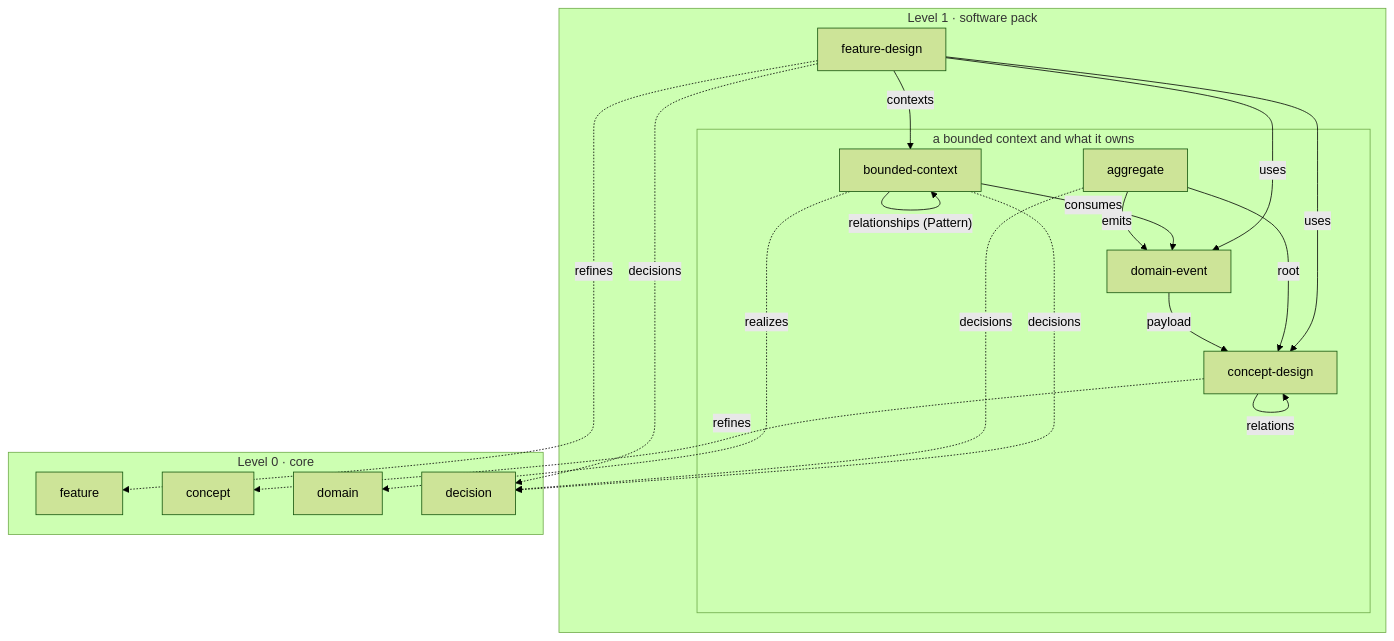
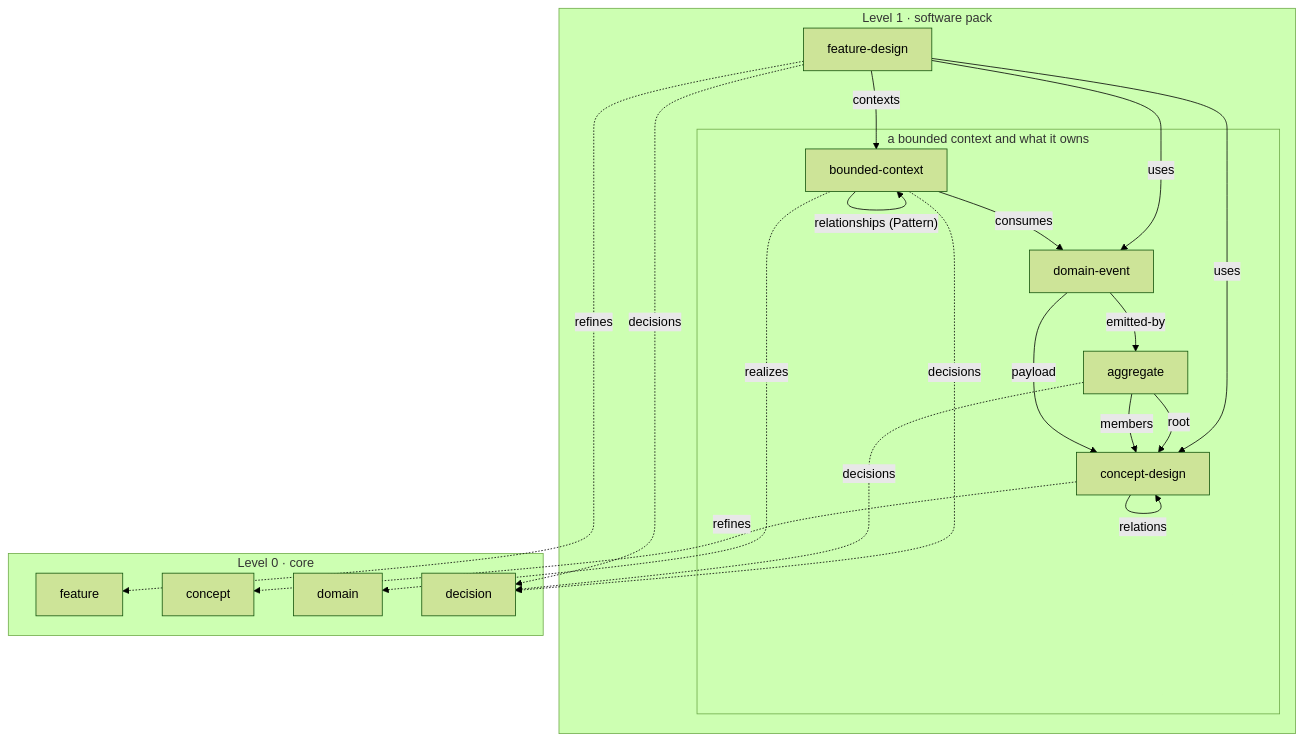
Before and after one commit to companygraph/meta-model: the diagram in docs/superpowers/specs/2026-09-30-the-software-pack-design.md, drawn with Mermaid (forest theme). The commit also changed other lines of this file, not shown here.

````diff
--- a/docs/superpowers/specs/2026-09-30-the-software-pack-design.md
+++ b/docs/superpowers/specs/2026-09-30-the-software-pack-design.md
@@ -37,33 +37,34 @@
 ```mermaid
 flowchart TB
   subgraph L1["Level 1 · software pack"]
     FD["feature-design"]
     subgraph Owned["a bounded context and what it owns"]
       BC["bounded-context"]
       CD["concept-design"]
       AG["aggregate"]
       DE["domain-event"]
     end
   end
   subgraph L0["Level 0 · core"]
     F["feature"]
     C["concept"]
     D["domain"]
     DEC["decision"]
   end
   FD -- contexts --> BC
   FD -- uses --> CD
   FD -- uses --> DE
   BC -- "relationships (Pattern)" --> BC
   BC -- consumes --> DE
   AG -- root --> CD
-  AG -- emits --> DE
+  DE -- emitted-by --> AG
+  AG -- members --> CD
   DE -- payload --> CD
   CD -- relations --> CD
   FD -. refines .-> F
   CD -. refines .-> C
   BC -. realizes .-> D
   FD -. decisions .-> DEC
   BC -. decisions .-> DEC
   AG -. decisions .-> DEC
 ```
````
